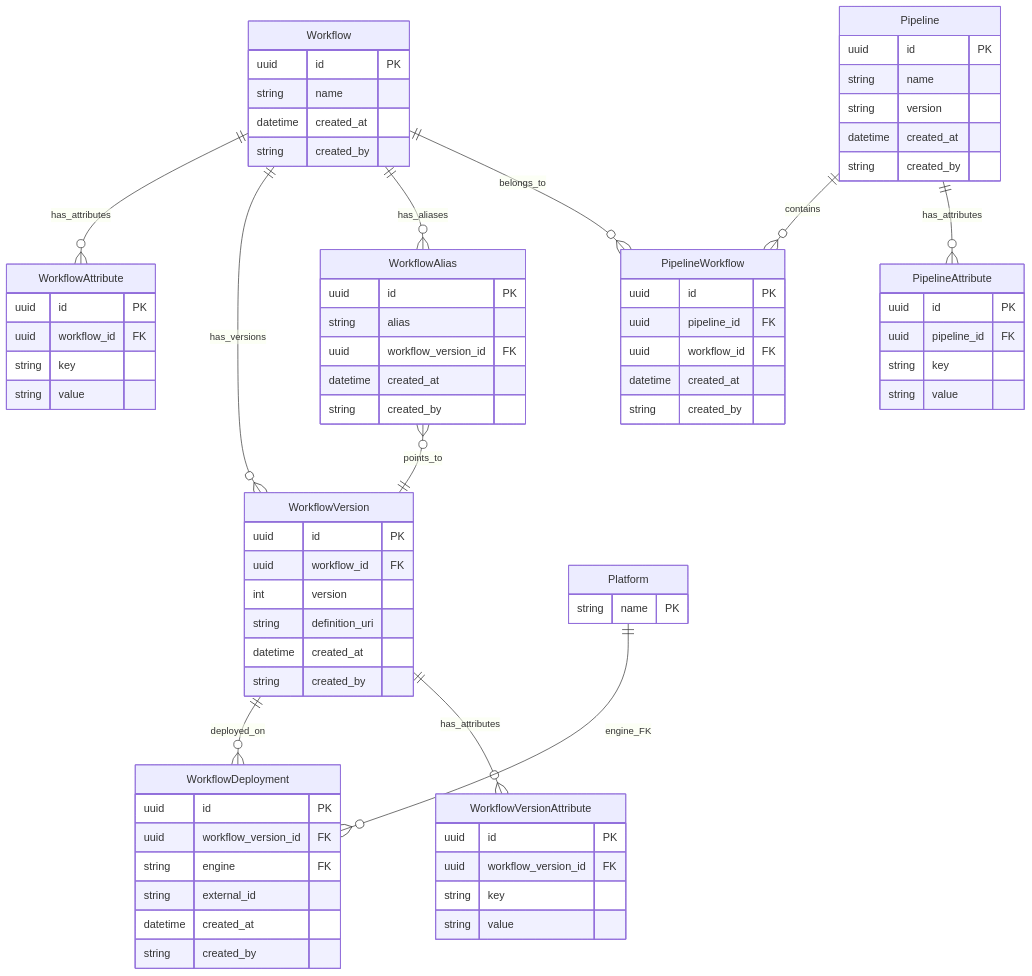
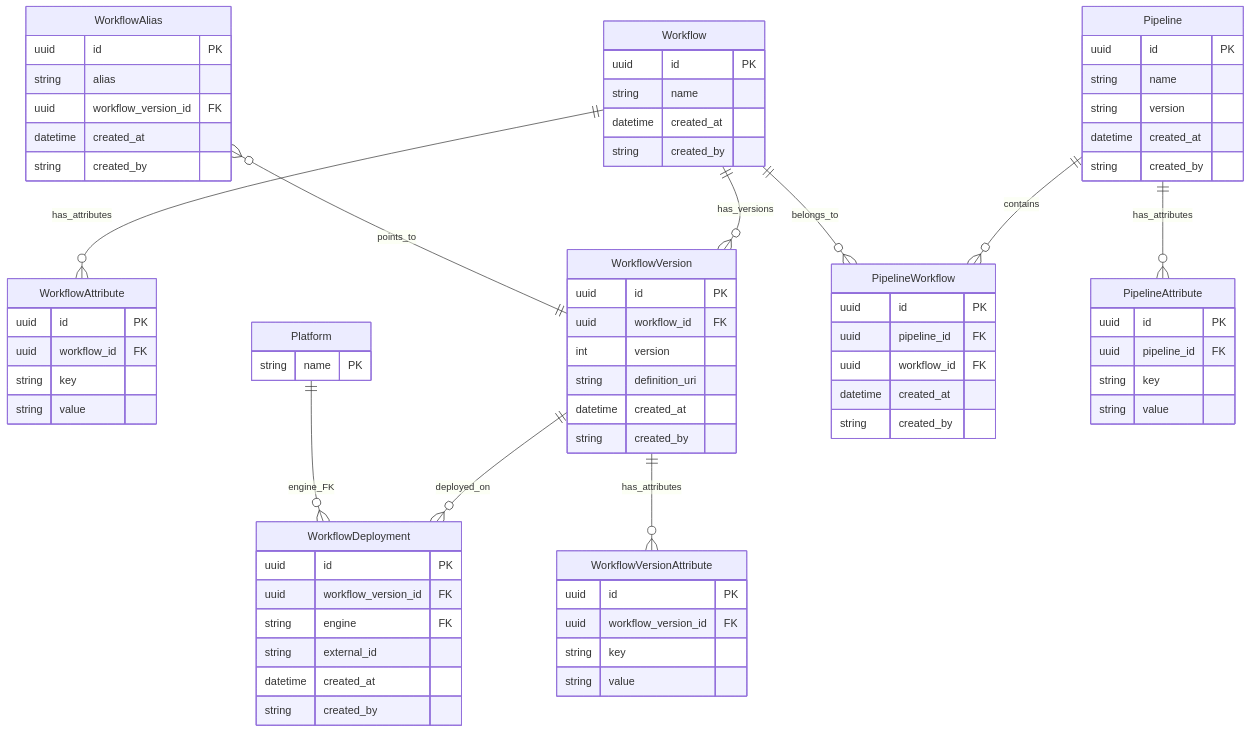
Before and after one commit to NGS360/APIServer: the diagram in docs/WORKFLOWS_AND_PIPELINES.md, drawn with Mermaid.

Commit message:
Fix ER Diagram

```diff
--- a/docs/WORKFLOWS_AND_PIPELINES.md
+++ b/docs/WORKFLOWS_AND_PIPELINES.md
@@ -23,10 +23,12 @@
 erDiagram
     Workflow ||--o{ WorkflowAttribute : has_attributes
     Workflow ||--o{ WorkflowVersion : has_versions
-    Workflow ||--o{ WorkflowAlias : has_aliases
-    WorkflowAlias }o--|| WorkflowVersion : points_to
+
     WorkflowVersion ||--o{ WorkflowDeployment : deployed_on
     WorkflowVersion ||--o{ WorkflowVersionAttribute : has_attributes
+
+    WorkflowAlias }o--|| WorkflowVersion : points_to
+
     Platform ||--o{ WorkflowDeployment : engine_FK
 
     Pipeline ||--o{ PipelineWorkflow : contains
```
